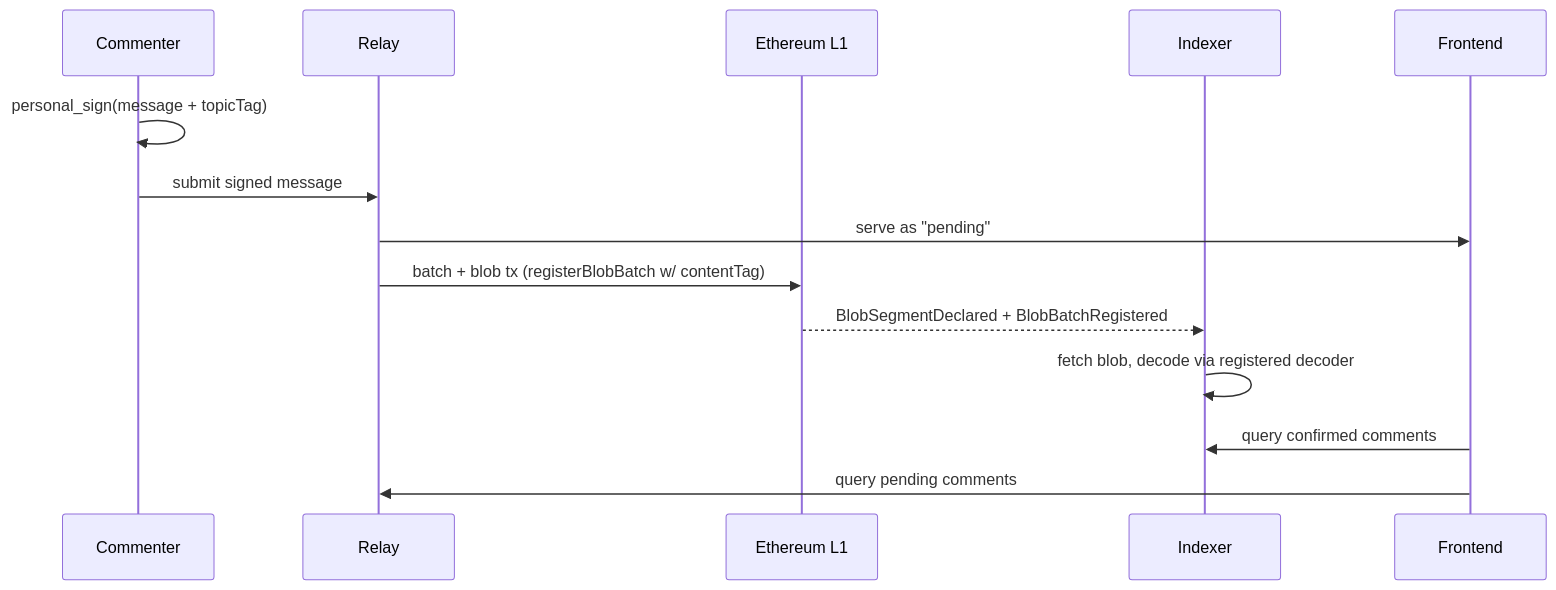
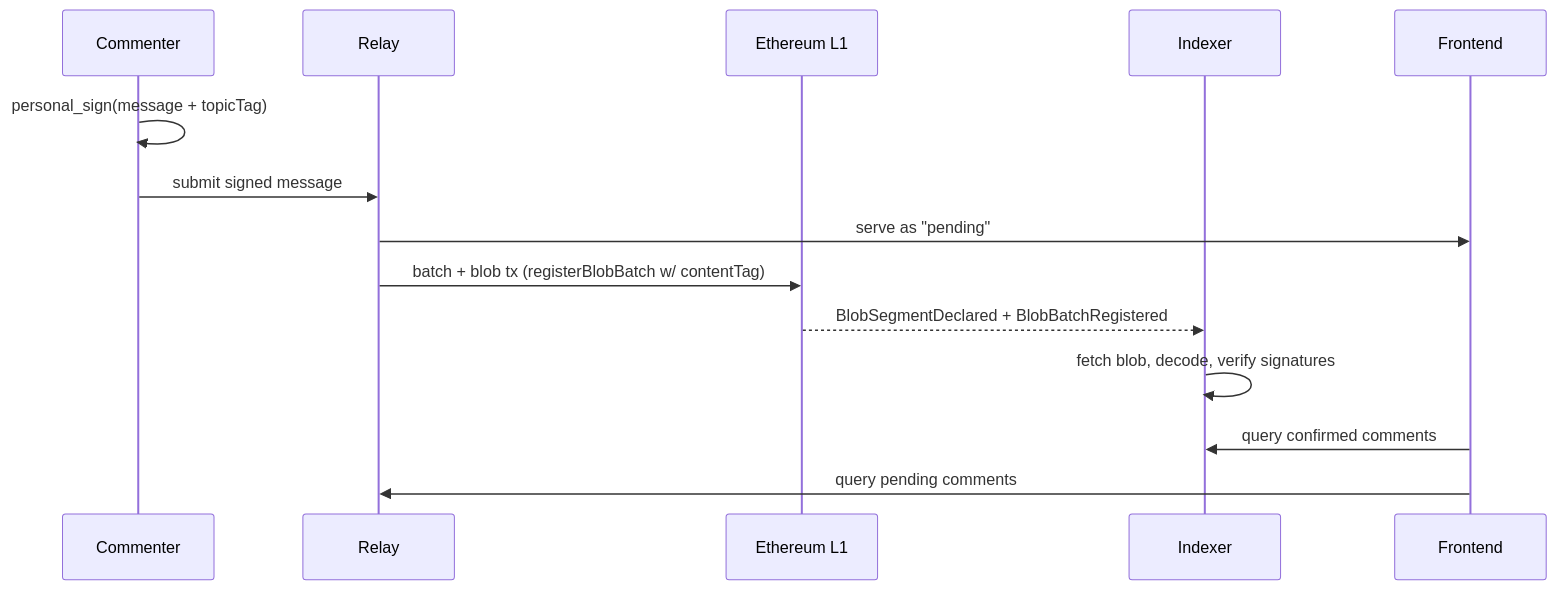
Before and after one commit to defi-wonderland/bam: the second of 3 diagrams in docs/design/comment-section.md, drawn with Mermaid. The commit also changed other lines of this file, not shown here.

````diff
--- a/docs/design/comment-section.md
+++ b/docs/design/comment-section.md
@@ -25,17 +27,17 @@
 ```mermaid
 sequenceDiagram
     participant C as Commenter
     participant R as Relay
     participant L1 as Ethereum L1
     participant I as Indexer
     participant F as Frontend
 
     C->>C: personal_sign(message + topicTag)
     C->>R: submit signed message
     R->>F: serve as "pending"
     R->>L1: batch + blob tx (registerBlobBatch w/ contentTag)
     L1-->>I: BlobSegmentDeclared + BlobBatchRegistered
-    I->>I: fetch blob, decode via registered decoder
+    I->>I: fetch blob, decode, verify signatures
     F->>I: query confirmed comments
     F->>R: query pending comments
 ```
````
